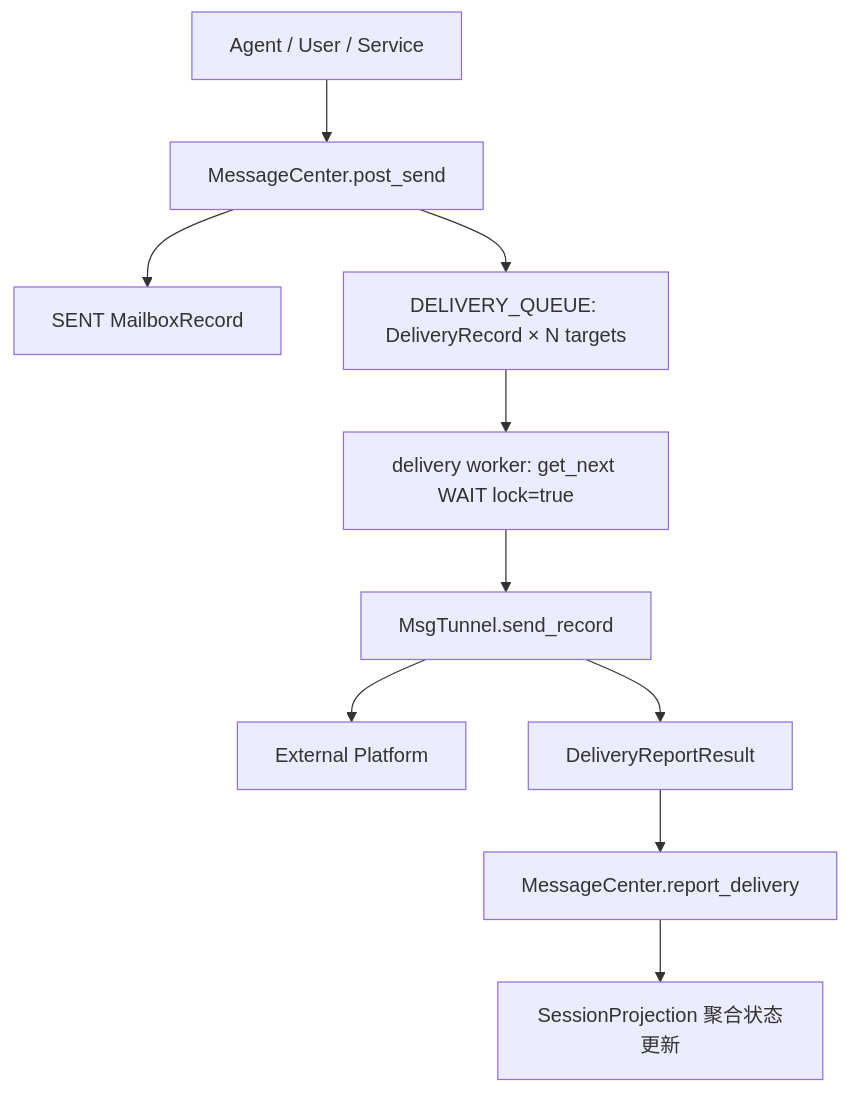
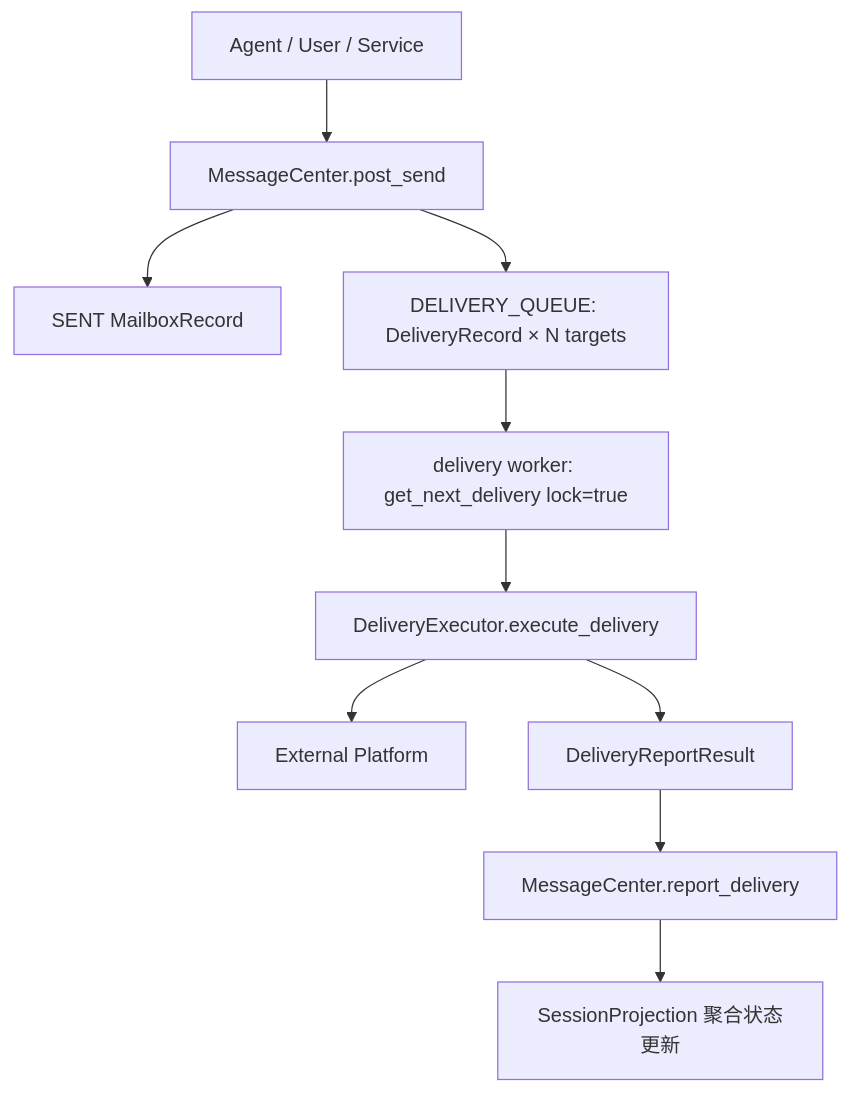
One commit to buckyos/buckyos changed the second of 2 diagrams in doc/message_hub/Message Tunnel Minimal Spec.md. Above: the diagram before and after it, drawn with Mermaid. The commit also changed other lines of this file and 29 other files, not shown here.

````diff
--- a/doc/message_hub/Message Tunnel Minimal Spec.md
+++ b/doc/message_hub/Message Tunnel Minimal Spec.md
@@ -116,12 +118,12 @@
 ```mermaid
 flowchart TD
     A[Agent / User / Service] --> P[MessageCenter.post_send]
     P --> S[SENT MailboxRecord]
     P --> Q[DELIVERY_QUEUE: DeliveryRecord × N targets]
-    Q --> W[delivery worker: get_next WAIT lock=true]
-    W --> T[MsgTunnel.send_record]
+    Q --> W[delivery worker: get_next_delivery lock=true]
+    W --> T[DeliveryExecutor.execute_delivery]
     T --> IM[External Platform]
     T --> R[DeliveryReportResult]
     R --> D[MessageCenter.report_delivery]
     D --> V[SessionProjection 聚合状态更新]
 ```
````
